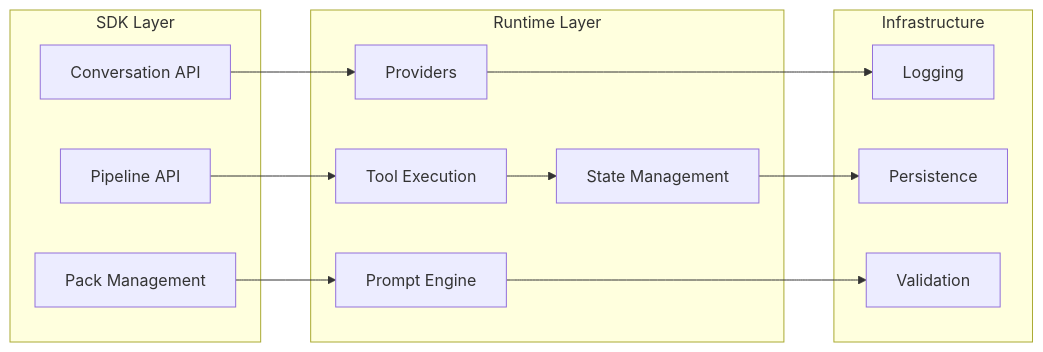
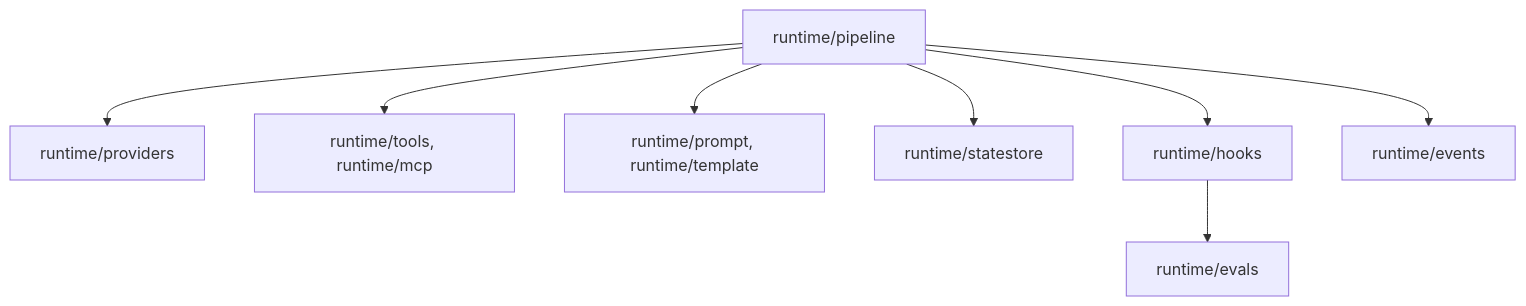
Before and after one commit to AltairaLabs/PromptKit: the second of 3 diagrams in docs/src/content/docs/architecture/system-overview.md, drawn with Mermaid. The commit also changed other lines of this file and 35 other files, not shown here.

First line of the commit message:
docs: review the explanation and architecture pages against the code (#2343)

````diff
--- a/docs/src/content/docs/architecture/system-overview.md
+++ b/docs/src/content/docs/architecture/system-overview.md
@@ -63,30 +47,19 @@
 ```mermaid
-graph LR
-    subgraph "SDK Layer"
-        Conv["Conversation API"]
-        Pack["Pack Management"]
-        Pipe["Pipeline API"]
-    end
+graph TB
+    Pipeline["runtime/pipeline"]
+    Providers["runtime/providers"]
+    Tools["runtime/tools, runtime/mcp"]
+    Prompt["runtime/prompt, runtime/template"]
+    State["runtime/statestore"]
+    Hooks["runtime/hooks"]
+    Events["runtime/events"]
+    Evals["runtime/evals"]
 
-    subgraph "Runtime Layer"
-        Prov["Providers"]
-        Tools["Tool Execution"]
-        State["State Management"]
-        Prompt["Prompt Engine"]
-    end
-
-    subgraph "Infrastructure"
-        Logger["Logging"]
-        Persist["Persistence"]
-        Valid["Validation"]
-    end
-
-    Conv --> Prov
-    Pack --> Prompt
-    Pipe --> Tools
-
-    Prov --> Logger
-    Tools --> State
-    State --> Persist
-    Prompt --> Valid
+    Pipeline --> Prompt
+    Pipeline --> Providers
+    Pipeline --> Tools
+    Pipeline --> State
+    Pipeline --> Hooks
+    Pipeline --> Events
+    Hooks --> Evals
 ```
````
